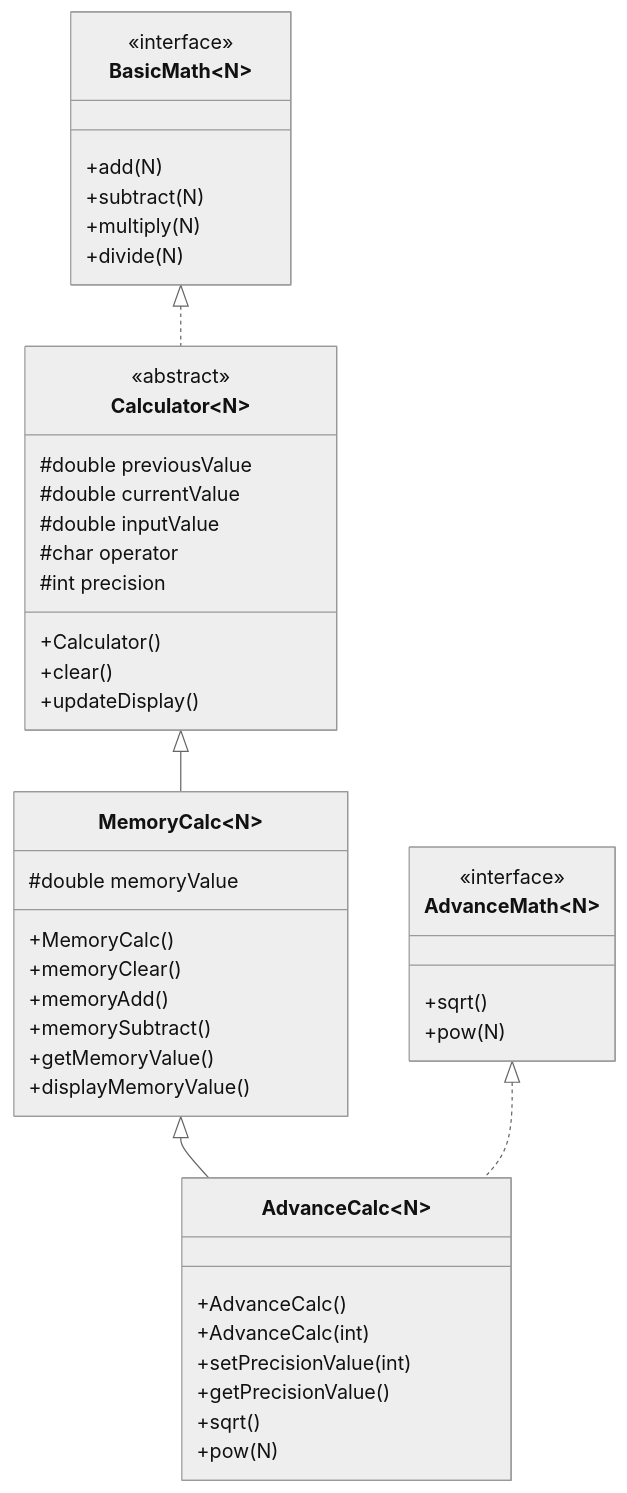
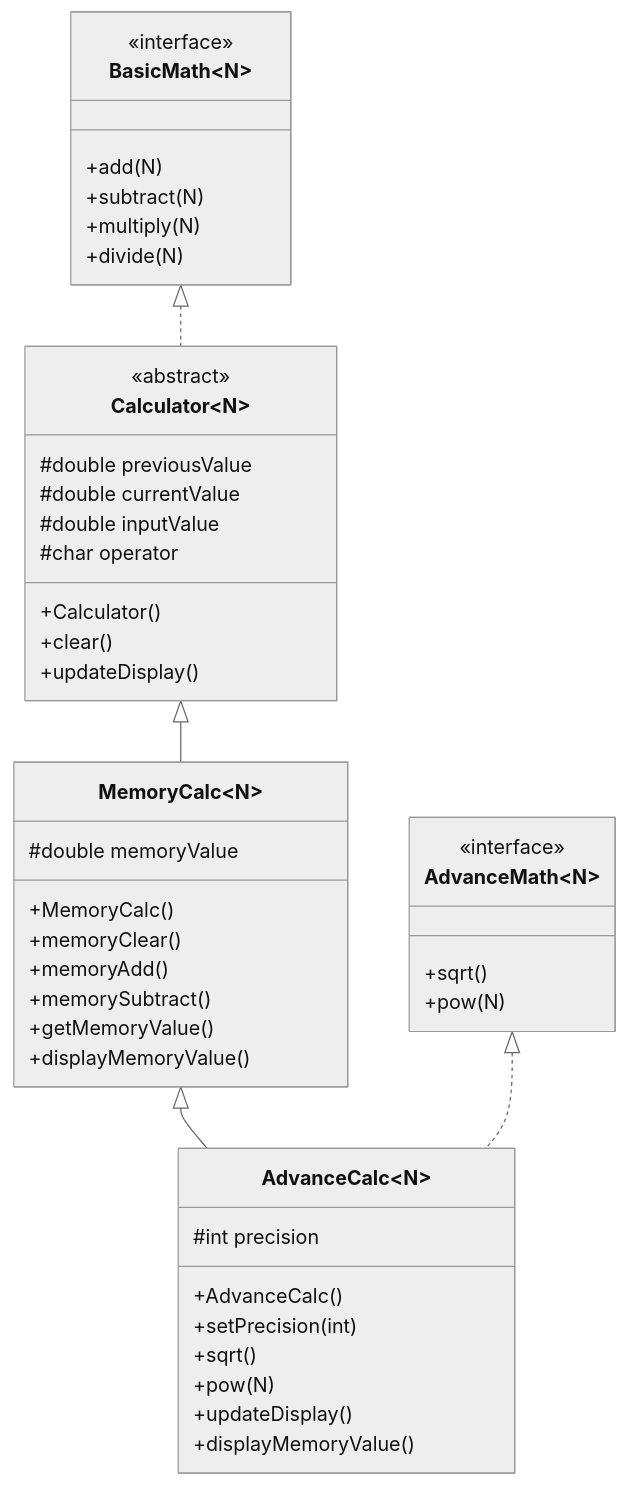
One commit to Starksood/CalculatorApp changed the diagram in README.md. Above: the diagram before and after it, drawn with Mermaid (neutral theme). The commit also changed other lines of this file, not shown here.

````diff
--- a/README.md
+++ b/README.md
@@ -22,48 +37,48 @@
 ```mermaid
 classDiagram
     class BasicMath~N~ {
         <<interface>>
         +add(N)
         +subtract(N)
         +multiply(N)
         +divide(N)
     }
     class AdvanceMath~N~ {
         <<interface>>
         +sqrt()
         +pow(N)
     }
     class Calculator~N~ {
         <<abstract>>
         #double previousValue
         #double currentValue
         #double inputValue
         #char operator
-        #int precision
         +Calculator()
         +clear()
         +updateDisplay()
     }
     class MemoryCalc~N~ {
         #double memoryValue
         +MemoryCalc()
         +memoryClear()
         +memoryAdd()
         +memorySubtract()
         +getMemoryValue()
         +displayMemoryValue()
     }
     class AdvanceCalc~N~ {
+        #int precision
         +AdvanceCalc()
-        +AdvanceCalc(int)
-        +setPrecisionValue(int)
-        +getPrecisionValue()
+        +setPrecision(int)
         +sqrt()
         +pow(N)
+        +updateDisplay()
+        +displayMemoryValue()
     }
 
     BasicMath <|.. Calculator
     Calculator <|-- MemoryCalc
     MemoryCalc <|-- AdvanceCalc
     AdvanceMath <|.. AdvanceCalc
 ```
````
